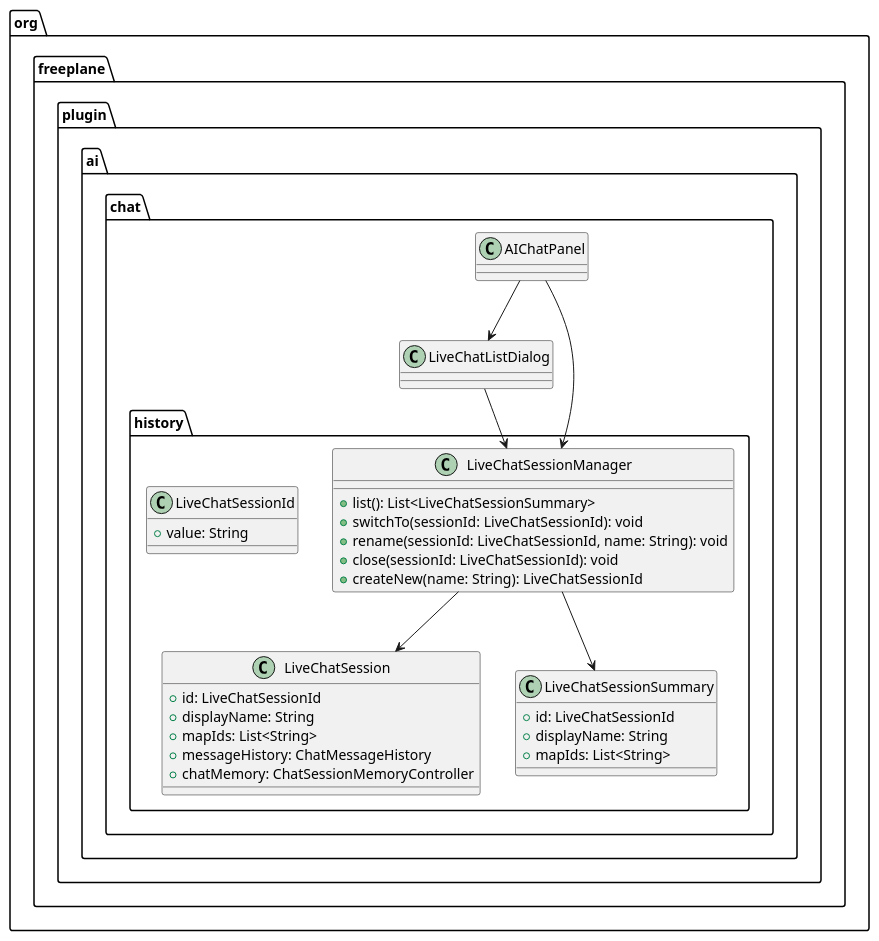
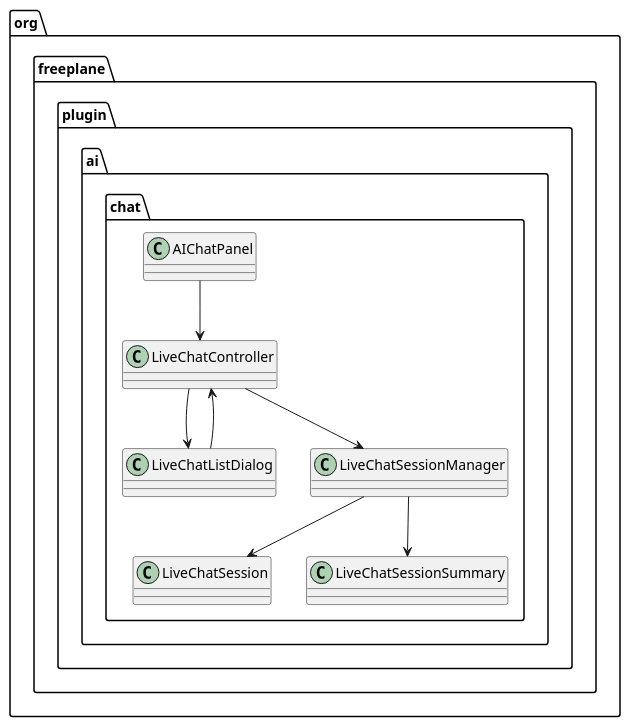
The third of 7 diagrams in freeplane_plugin_ai/specs/tasks/in-progress/tool-capable-chat-history-transcripts.md (guoranjun2/nexordia), drawn with PlantUML before and after one commit. The commit also changed other lines of this file and 36 other files, not shown here.

Commit message:
2026-01-24-chat-history-transcripts: Refine live chat tracking

````diff
--- a/freeplane_plugin_ai/specs/tasks/in-progress/tool-capable-chat-history-transcripts.md
+++ b/freeplane_plugin_ai/specs/tasks/in-progress/tool-capable-chat-history-transcripts.md
@@ -212,42 +161,18 @@
-    ```plantuml
-    @startuml
-    package "org.freeplane.plugin.ai.chat" {
-      class AIChatPanel
-      class LiveChatListDialog
-    }
-
-    package "org.freeplane.plugin.ai.chat.history" {
-      class LiveChatSessionManager {
-        +list(): List<LiveChatSessionSummary>
-        +switchTo(sessionId: LiveChatSessionId): void
-        +rename(sessionId: LiveChatSessionId, name: String): void
-        +close(sessionId: LiveChatSessionId): void
-        +createNew(name: String): LiveChatSessionId
-      }
-
-      class LiveChatSession {
-        +id: LiveChatSessionId
-        +displayName: String
-        +mapIds: List<String>
-        +messageHistory: ChatMessageHistory
-        +chatMemory: ChatSessionMemoryController
-      }
-
-      class LiveChatSessionSummary {
-        +id: LiveChatSessionId
-        +displayName: String
-        +mapIds: List<String>
-      }
-
-      class LiveChatSessionId {
-        +value: String
-      }
-    }
-
-    AIChatPanel --> LiveChatSessionManager
-    AIChatPanel --> LiveChatListDialog
-    LiveChatListDialog --> LiveChatSessionManager
-    LiveChatSessionManager --> LiveChatSession
-    LiveChatSessionManager --> LiveChatSessionSummary
-    @enduml
-    ```
+  ```plantuml
+  @startuml
+  package "org.freeplane.plugin.ai.chat" {
+    class AIChatPanel
+    class LiveChatController
+    class LiveChatListDialog
+    class LiveChatSessionManager
+    class LiveChatSession
+    class LiveChatSessionSummary
+  }
+  AIChatPanel --> LiveChatController
+  LiveChatController --> LiveChatListDialog
+  LiveChatController --> LiveChatSessionManager
+  LiveChatListDialog --> LiveChatController
+  LiveChatSessionManager --> LiveChatSession
+  LiveChatSessionManager --> LiveChatSessionSummary
+  @enduml
+  ```
````
